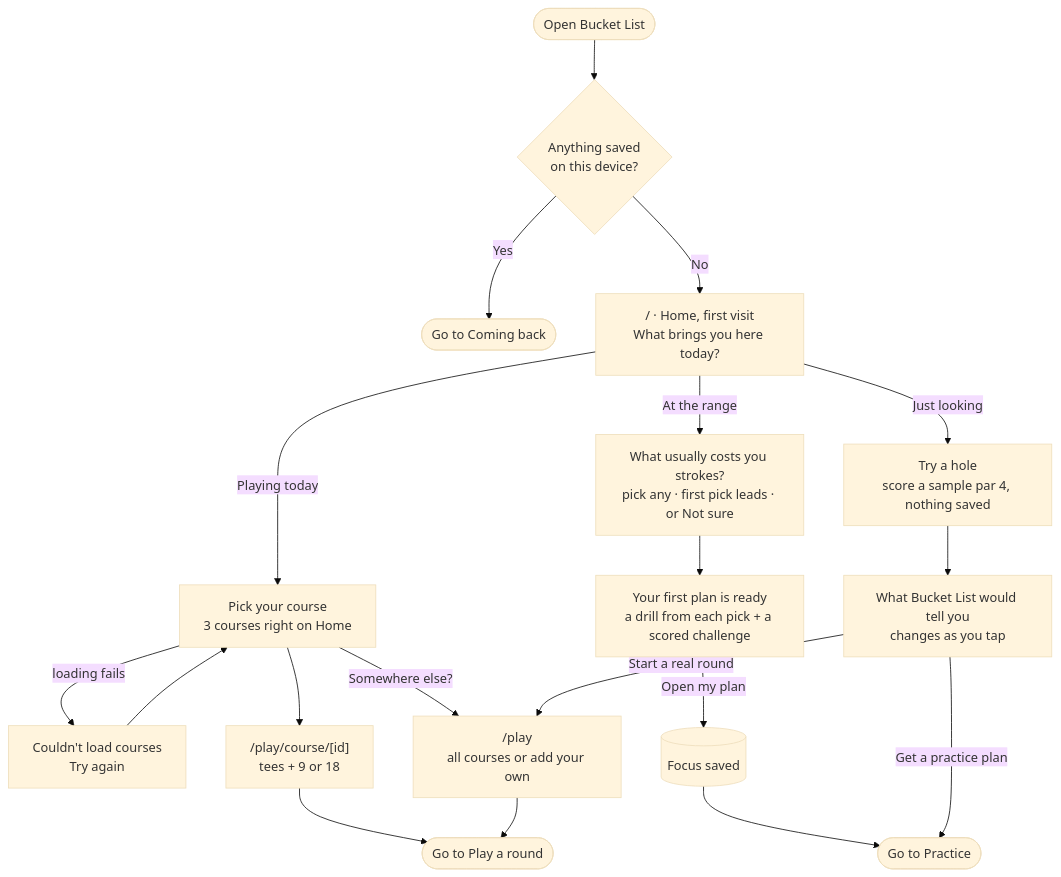
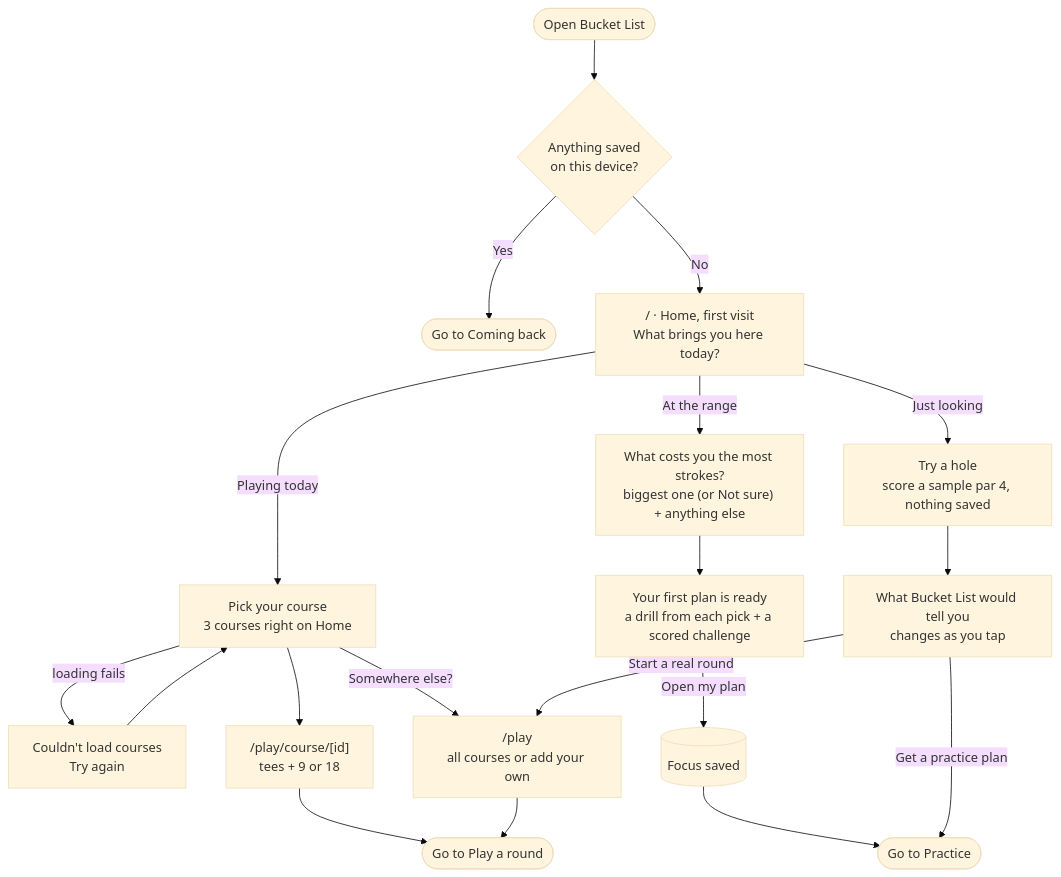
Before and after one commit to apham799/DesignBuildShip_Assignment3: the second of 5 diagrams in README.md, drawn with Mermaid (base theme). The commit also changed other lines of this file and 1 other file, not shown here.

First line of the commit message:
Update practice and onboarding diagrams

````diff
--- a/README.md
+++ b/README.md
@@ -35,24 +35,24 @@
 ```mermaid
 flowchart TD
   open(["Open Bucket List"]) --> check{"Anything saved<br/>on this device?"}
   check -- "Yes" --> back(["Go to Coming back"])
   check -- "No" --> home["/ · Home, first visit<br/>What brings you here today?"]
 
   home -- "Playing today" --> courses["Pick your course<br/>3 courses right on Home"]
   courses -- "loading fails" --> cerr["Couldn't load courses<br/>Try again"]
   cerr --> courses
   courses --> setup["/play/course/[id]<br/>tees + 9 or 18"]
   courses -- "Somewhere else?" --> all["/play<br/>all courses or add your own"]
   setup --> round(["Go to Play a round"])
   all --> round
 
-  home -- "At the range" --> leak["What usually costs you strokes?<br/>pick any · first pick leads · or Not sure"]
+  home -- "At the range" --> leak["What costs you the most strokes?<br/>biggest one (or Not sure) + anything else"]
   leak --> ready["Your first plan is ready<br/>a drill from each pick + a scored challenge"]
   ready -- "Open my plan" --> focus[("Focus saved")]
   focus --> plan(["Go to Practice"])
 
   home -- "Just looking" --> try["Try a hole<br/>score a sample par 4, nothing saved"]
   try --> insight["What Bucket List would tell you<br/>changes as you tap"]
   insight -- "Start a real round" --> all
   insight -- "Get a practice plan" --> plan
 ```
````
